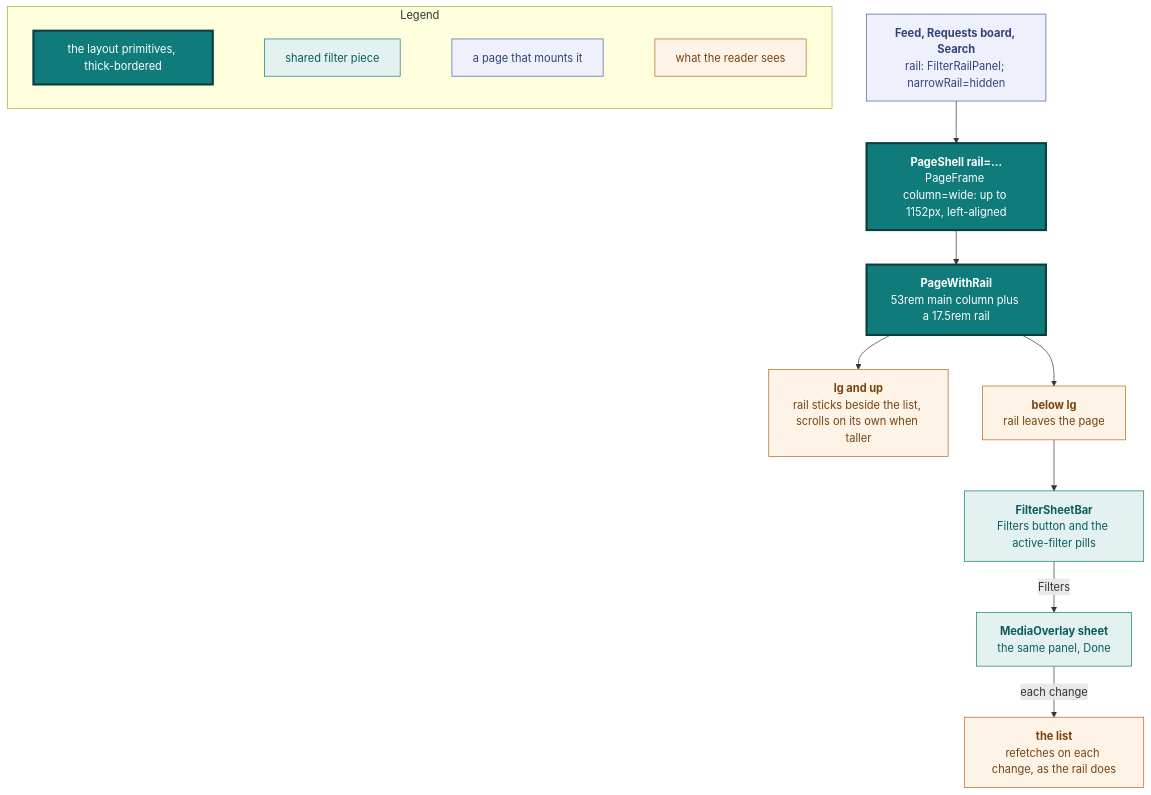
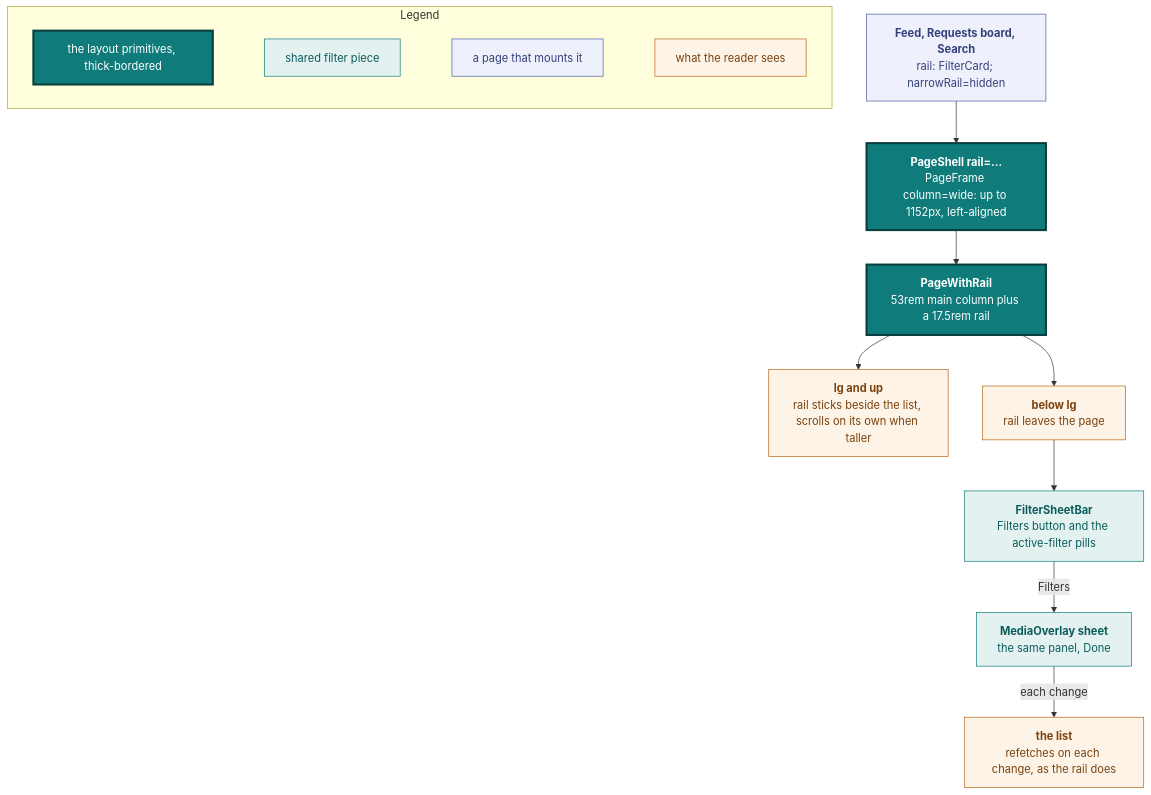
The seventh of 23 diagrams in docs/design.md (vidithq/vidit), drawn with Mermaid before and after one commit. The commit also changed other lines of this file and 17 other files, not shown here.

````diff
--- a/docs/design.md
+++ b/docs/design.md
@@ -709,40 +709,40 @@
 ```mermaid
 flowchart TB
   classDef shared fill:#e3f2f1,stroke:#0f7b7a,color:#0b5c5b
   classDef core fill:#0f7b7a,stroke:#083f3e,stroke-width:3px,color:#ffffff
   classDef page fill:#eef1fb,stroke:#4a5fa5,color:#33417a
   classDef state fill:#fdf3e7,stroke:#b8661a,color:#7a430f
 
   subgraph legend [Legend]
     direction LR
     l1["`the layout primitives, thick-bordered`"]:::core
     l2["`shared filter piece`"]:::shared
     l3["`a page that mounts it`"]:::page
     l4["`what the reader sees`"]:::state
     l1 ~~~ l2 ~~~ l3 ~~~ l4
   end
 
   shell["`**PageShell rail=…**
   PageFrame column=wide: up to 1152px, left-aligned`"]:::core
   layout["`**PageWithRail**
   53rem main column plus a 17.5rem rail`"]:::core
   pages["`**Feed, Requests board, Search**
-  rail: FilterRailPanel; narrowRail=hidden`"]:::page
+  rail: FilterCard; narrowRail=hidden`"]:::page
   wide["`**lg and up**
   rail sticks beside the list, scrolls on its own when taller`"]:::state
   narrow["`**below lg**
   rail leaves the page`"]:::state
   bar["`**FilterSheetBar**
   Filters button and the active-filter pills`"]:::shared
   sheet["`**MediaOverlay sheet**
   the same panel, Done`"]:::shared
   list["`**the list**
   refetches on each change, as the rail does`"]:::state
 
   pages --> shell --> layout
   layout --> wide
   layout --> narrow
   narrow --> bar
   bar -->|Filters| sheet
   sheet -->|each change| list
 ```
````
